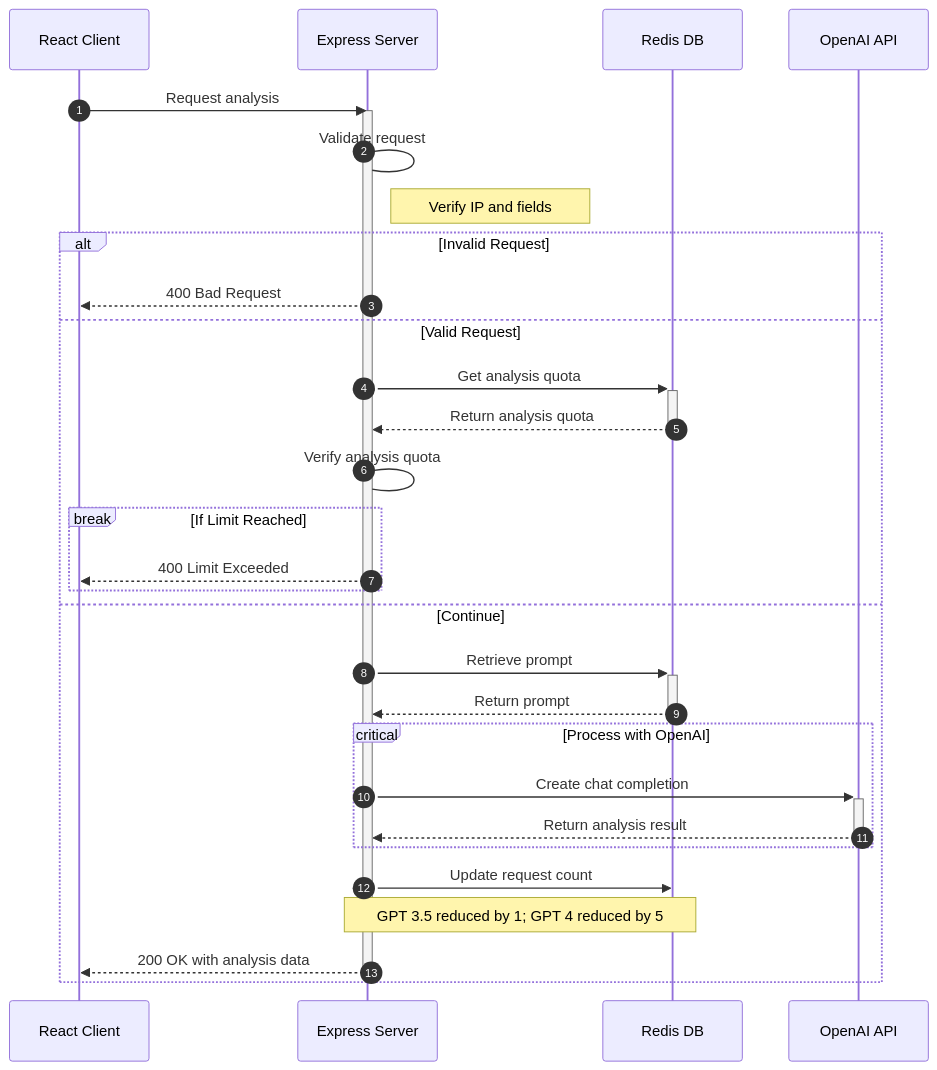
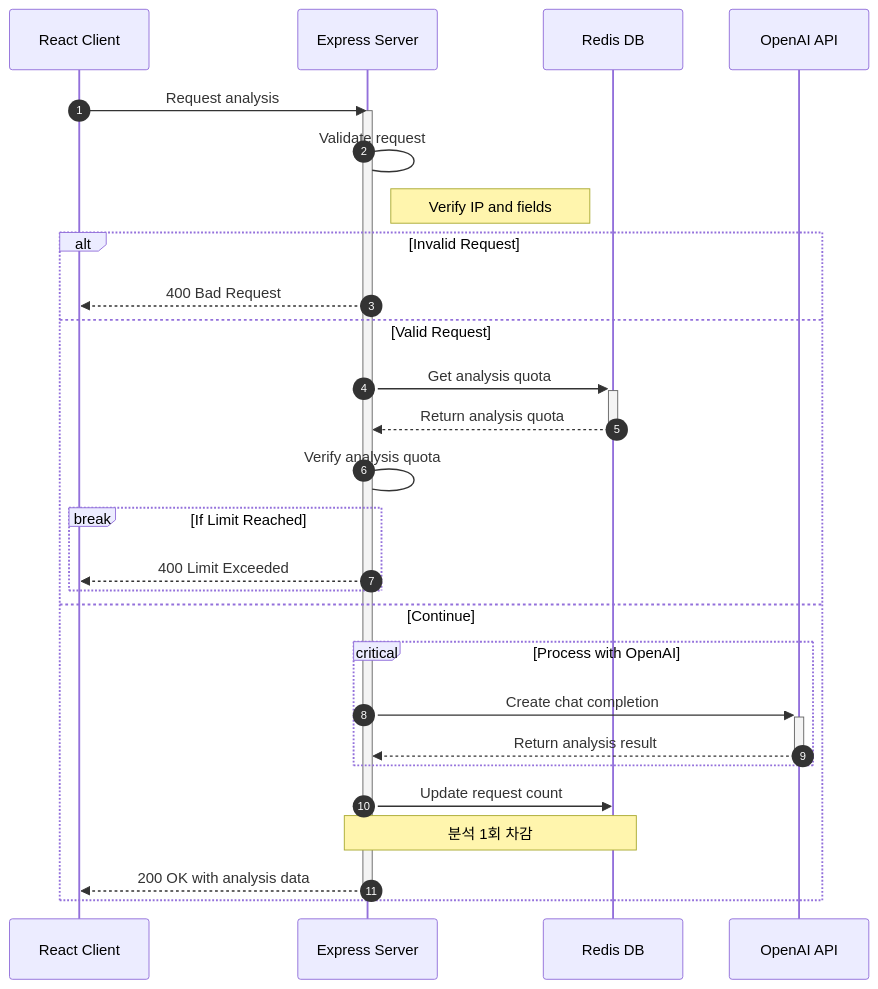
The diagram in README.md (romantech/syntax-analyzer), drawn with Mermaid before and after one commit. The commit also changed other lines of this file and 67 other files, not shown here.

````diff
--- a/README.md
+++ b/README.md
@@ -56,44 +56,41 @@
 ```mermaid
 sequenceDiagram
     autonumber
 
     participant C as React Client
     participant S as Express Server
     participant R as Redis DB
     participant O as OpenAI API
 
     C->>S: Request analysis #32;#32;
 
     activate S
 
     S->S: Validate request
     Note right of S: Verify IP and fields #32;
 
     alt Invalid Request
         S-->>C: 400 Bad Request
 
     else Valid Request
         S->>+R: Get analysis quota
         R-->>-S: Return analysis quota
         S->S: Verify analysis quota
 
         break If Limit Reached
             S-->>C: 400 Limit Exceeded
         end
 
         else Continue
-            S->>+R: Retrieve prompt
-            R-->>-S: Return prompt
-
             critical Process with OpenAI
                 S->>+O: Create chat completion
                 O-->>-S: Return analysis result
             end
 
             S->>R: Update request count
-            Note over S,R: GPT 3.5 reduced by 1#59; GPT 4 reduced by 5 #32;#32;#32;
+            Note over S,R: 분석 1회 차감
 
             S-->>C: 200 OK with analysis data
             deactivate S
     end
 ```
````
